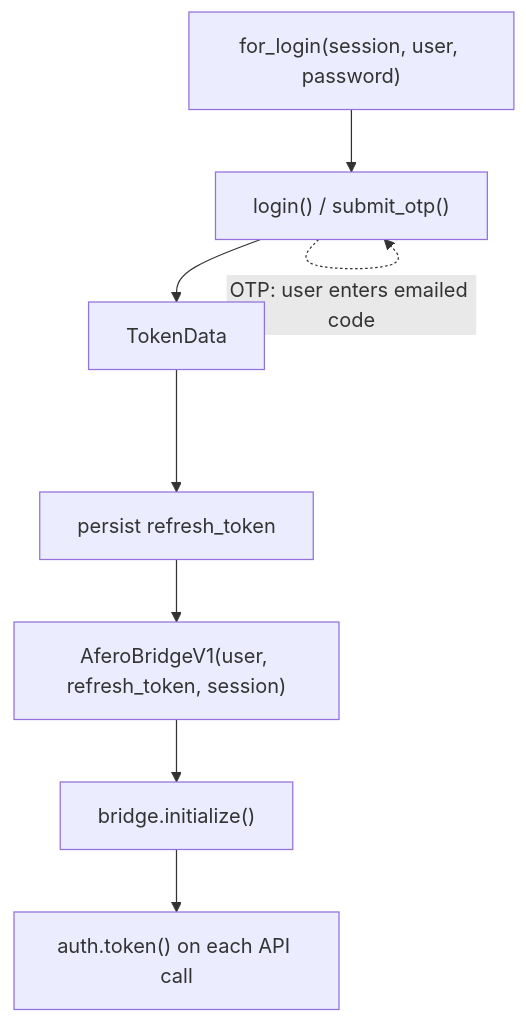
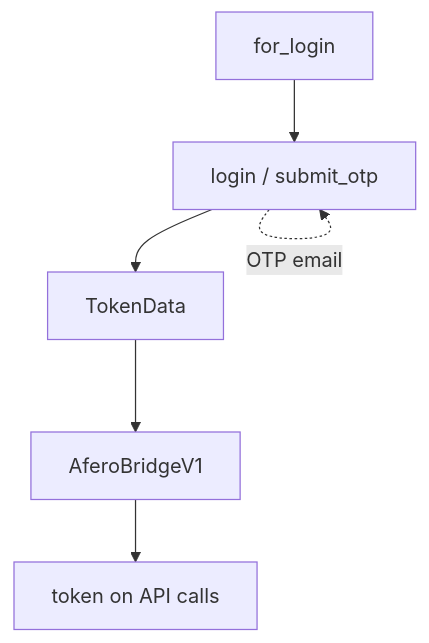
One commit to Expl0dingBanana/aioafero changed the diagram in docs/user/auth.rst. Above: the diagram before and after it, drawn with Mermaid. The commit also changed other lines of this file and 23 other files, not shown here.

First line of the commit message:
Add MITM capture test bed and refresh user docs

```diff
--- a/docs/user/auth.rst
+++ b/docs/user/auth.rst
@@ -37,13 +23,11 @@
 .. mermaid::
 
    flowchart TD
-       login["for_login(session, user, password)"]
-       submit["login() / submit_otp()"]
-       tokens["TokenData"]
-       persist["persist refresh_token"]
-       bridge["AferoBridgeV1(user, refresh_token, session)"]
-       init["bridge.initialize()"]
-       api["auth.token() on each API call"]
+       login[for_login]
+       submit[login / submit_otp]
+       tokens[TokenData]
+       bridge[AferoBridgeV1]
+       api[token on API calls]
 
-       login --> submit --> tokens --> persist --> bridge --> init --> api
-       submit -.->|"OTP: user enters emailed code"| submit
+       login --> submit --> tokens --> bridge --> api
+       submit -.->|OTP email| submit
```
